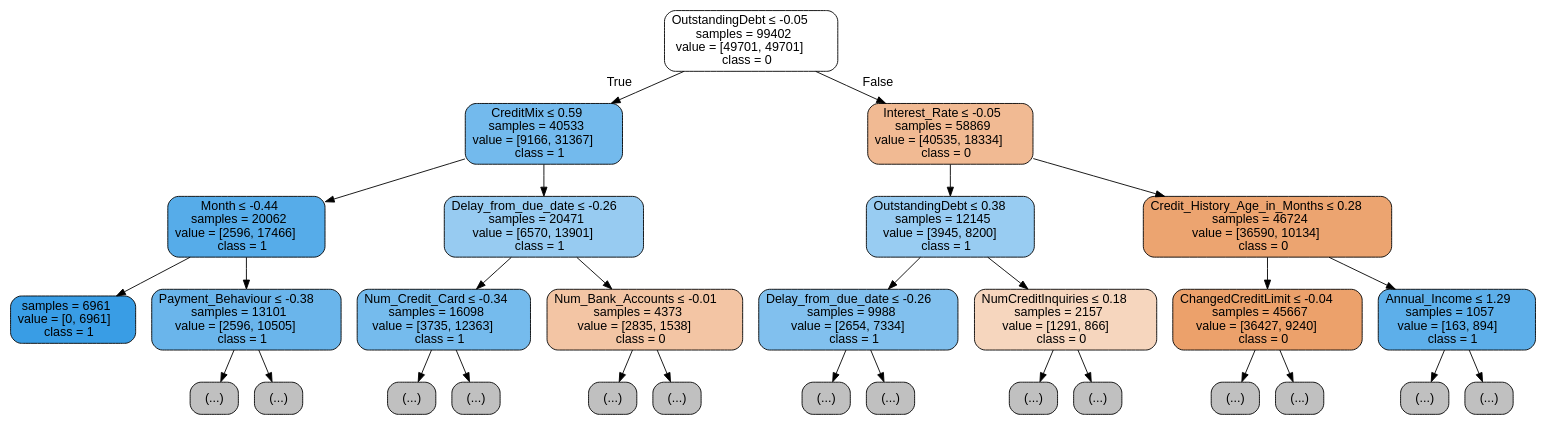
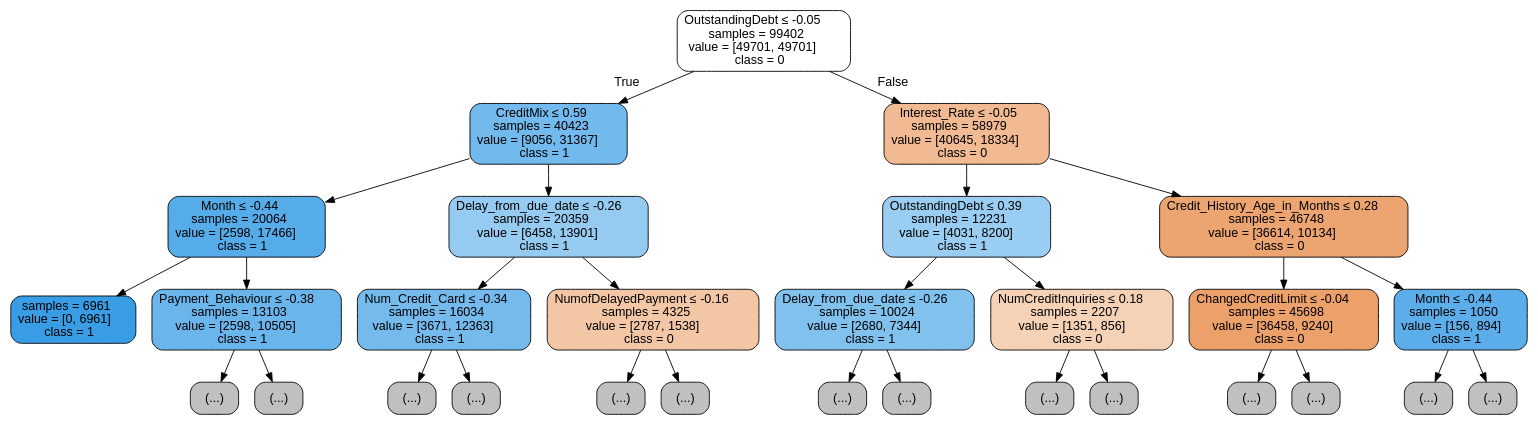
Before and after one commit to Guilherme-RCarvalho/DS_23_24: the diagram in images/classification/DT/credit_dt_accuracy_best_tree.dot, drawn with Graphviz. The commit also changed 73 other files, not shown here.

```diff
--- a/images/classification/DT/credit_dt_accuracy_best_tree.dot
+++ b/images/classification/DT/credit_dt_accuracy_best_tree.dot
@@ -1,61 +1,61 @@
 digraph Tree {
 node [shape=box, style="filled, rounded", color="black", fontname="helvetica"] ;
 edge [fontname="helvetica"] ;
 0 [label=<OutstandingDebt &le; -0.05<br/>samples = 99402<br/>value = [49701, 49701]<br/>class = 0>, fillcolor="#ffffff"] ;
-1 [label=<CreditMix &le; 0.59<br/>samples = 40533<br/>value = [9166, 31367]<br/>class = 1>, fillcolor="#73baed"] ;
+1 [label=<CreditMix &le; 0.59<br/>samples = 40423<br/>value = [9056, 31367]<br/>class = 1>, fillcolor="#72b9ed"] ;
 0 -> 1 [labeldistance=2.5, labelangle=45, headlabel="True"] ;
-2 [label=<Month &le; -0.44<br/>samples = 20062<br/>value = [2596, 17466]<br/>class = 1>, fillcolor="#56ace9"] ;
+2 [label=<Month &le; -0.44<br/>samples = 20064<br/>value = [2598, 17466]<br/>class = 1>, fillcolor="#56ace9"] ;
 1 -> 2 ;
 3 [label=<samples = 6961<br/>value = [0, 6961]<br/>class = 1>, fillcolor="#399de5"] ;
 2 -> 3 ;
-4 [label=<Payment_Behaviour &le; -0.38<br/>samples = 13101<br/>value = [2596, 10505]<br/>class = 1>, fillcolor="#6ab5eb"] ;
+4 [label=<Payment_Behaviour &le; -0.38<br/>samples = 13103<br/>value = [2598, 10505]<br/>class = 1>, fillcolor="#6ab5eb"] ;
 2 -> 4 ;
 5 [label="(...)", fillcolor="#C0C0C0"] ;
 4 -> 5 ;
-874 [label="(...)", fillcolor="#C0C0C0"] ;
-4 -> 874 ;
-1673 [label=<Delay_from_due_date &le; -0.26<br/>samples = 20471<br/>value = [6570, 13901]<br/>class = 1>, fillcolor="#97cbf1"] ;
-1 -> 1673 ;
-1674 [label=<Num_Credit_Card &le; -0.34<br/>samples = 16098<br/>value = [3735, 12363]<br/>class = 1>, fillcolor="#75bbed"] ;
-1673 -> 1674 ;
-1675 [label="(...)", fillcolor="#C0C0C0"] ;
-1674 -> 1675 ;
-1676 [label="(...)", fillcolor="#C0C0C0"] ;
-1674 -> 1676 ;
-2857 [label=<Num_Bank_Accounts &le; -0.01<br/>samples = 4373<br/>value = [2835, 1538]<br/>class = 0>, fillcolor="#f3c5a4"] ;
-1673 -> 2857 ;
-2858 [label="(...)", fillcolor="#C0C0C0"] ;
-2857 -> 2858 ;
-3421 [label="(...)", fillcolor="#C0C0C0"] ;
-2857 -> 3421 ;
-3548 [label=<Interest_Rate &le; -0.05<br/>samples = 58869<br/>value = [40535, 18334]<br/>class = 0>, fillcolor="#f1ba93"] ;
-0 -> 3548 [labeldistance=2.5, labelangle=-45, headlabel="False"] ;
-3549 [label=<OutstandingDebt &le; 0.38<br/>samples = 12145<br/>value = [3945, 8200]<br/>class = 1>, fillcolor="#98ccf2"] ;
-3548 -> 3549 ;
-3550 [label=<Delay_from_due_date &le; -0.26<br/>samples = 9988<br/>value = [2654, 7334]<br/>class = 1>, fillcolor="#81c0ee"] ;
-3549 -> 3550 ;
-3551 [label="(...)", fillcolor="#C0C0C0"] ;
-3550 -> 3551 ;
-4118 [label="(...)", fillcolor="#C0C0C0"] ;
-3550 -> 4118 ;
-4589 [label=<NumCreditInquiries &le; 0.18<br/>samples = 2157<br/>value = [1291, 866]<br/>class = 0>, fillcolor="#f6d6be"] ;
-3549 -> 4589 ;
-4590 [label="(...)", fillcolor="#C0C0C0"] ;
-4589 -> 4590 ;
-4873 [label="(...)", fillcolor="#C0C0C0"] ;
-4589 -> 4873 ;
-4998 [label=<Credit_History_Age_in_Months &le; 0.28<br/>samples = 46724<br/>value = [36590, 10134]<br/>class = 0>, fillcolor="#eca470"] ;
-3548 -> 4998 ;
-4999 [label=<ChangedCreditLimit &le; -0.04<br/>samples = 45667<br/>value = [36427, 9240]<br/>class = 0>, fillcolor="#eca16b"] ;
-4998 -> 4999 ;
-5000 [label="(...)", fillcolor="#C0C0C0"] ;
-4999 -> 5000 ;
-5537 [label="(...)", fillcolor="#C0C0C0"] ;
-4999 -> 5537 ;
-7894 [label=<Annual_Income &le; 1.29<br/>samples = 1057<br/>value = [163, 894]<br/>class = 1>, fillcolor="#5dafea"] ;
-4998 -> 7894 ;
-7895 [label="(...)", fillcolor="#C0C0C0"] ;
-7894 -> 7895 ;
-7986 [label="(...)", fillcolor="#C0C0C0"] ;
-7894 -> 7986 ;
+844 [label="(...)", fillcolor="#C0C0C0"] ;
+4 -> 844 ;
+1639 [label=<Delay_from_due_date &le; -0.26<br/>samples = 20359<br/>value = [6458, 13901]<br/>class = 1>, fillcolor="#95cbf1"] ;
+1 -> 1639 ;
+1640 [label=<Num_Credit_Card &le; -0.34<br/>samples = 16034<br/>value = [3671, 12363]<br/>class = 1>, fillcolor="#74baed"] ;
+1639 -> 1640 ;
+1641 [label="(...)", fillcolor="#C0C0C0"] ;
+1640 -> 1641 ;
+1642 [label="(...)", fillcolor="#C0C0C0"] ;
+1640 -> 1642 ;
+3057 [label=<NumofDelayedPayment &le; -0.16<br/>samples = 4325<br/>value = [2787, 1538]<br/>class = 0>, fillcolor="#f3c7a6"] ;
+1639 -> 3057 ;
+3058 [label="(...)", fillcolor="#C0C0C0"] ;
+3057 -> 3058 ;
+3579 [label="(...)", fillcolor="#C0C0C0"] ;
+3057 -> 3579 ;
+3802 [label=<Interest_Rate &le; -0.05<br/>samples = 58979<br/>value = [40645, 18334]<br/>class = 0>, fillcolor="#f1ba92"] ;
+0 -> 3802 [labeldistance=2.5, labelangle=-45, headlabel="False"] ;
+3803 [label=<OutstandingDebt &le; 0.39<br/>samples = 12231<br/>value = [4031, 8200]<br/>class = 1>, fillcolor="#9acdf2"] ;
+3802 -> 3803 ;
+3804 [label=<Delay_from_due_date &le; -0.26<br/>samples = 10024<br/>value = [2680, 7344]<br/>class = 1>, fillcolor="#81c1ee"] ;
+3803 -> 3804 ;
+3805 [label="(...)", fillcolor="#C0C0C0"] ;
+3804 -> 3805 ;
+4368 [label="(...)", fillcolor="#C0C0C0"] ;
+3804 -> 4368 ;
+4883 [label=<NumCreditInquiries &le; 0.18<br/>samples = 2207<br/>value = [1351, 856]<br/>class = 0>, fillcolor="#f5d1b6"] ;
+3803 -> 4883 ;
+4884 [label="(...)", fillcolor="#C0C0C0"] ;
+4883 -> 4884 ;
+5163 [label="(...)", fillcolor="#C0C0C0"] ;
+4883 -> 5163 ;
+5298 [label=<Credit_History_Age_in_Months &le; 0.28<br/>samples = 46748<br/>value = [36614, 10134]<br/>class = 0>, fillcolor="#eca470"] ;
+3802 -> 5298 ;
+5299 [label=<ChangedCreditLimit &le; -0.04<br/>samples = 45698<br/>value = [36458, 9240]<br/>class = 0>, fillcolor="#eca16b"] ;
+5298 -> 5299 ;
+5300 [label="(...)", fillcolor="#C0C0C0"] ;
+5299 -> 5300 ;
+5915 [label="(...)", fillcolor="#C0C0C0"] ;
+5299 -> 5915 ;
+8166 [label=<Month &le; -0.44<br/>samples = 1050<br/>value = [156, 894]<br/>class = 1>, fillcolor="#5caeea"] ;
+5298 -> 8166 ;
+8167 [label="(...)", fillcolor="#C0C0C0"] ;
+8166 -> 8167 ;
+8172 [label="(...)", fillcolor="#C0C0C0"] ;
+8166 -> 8172 ;
 }
```
